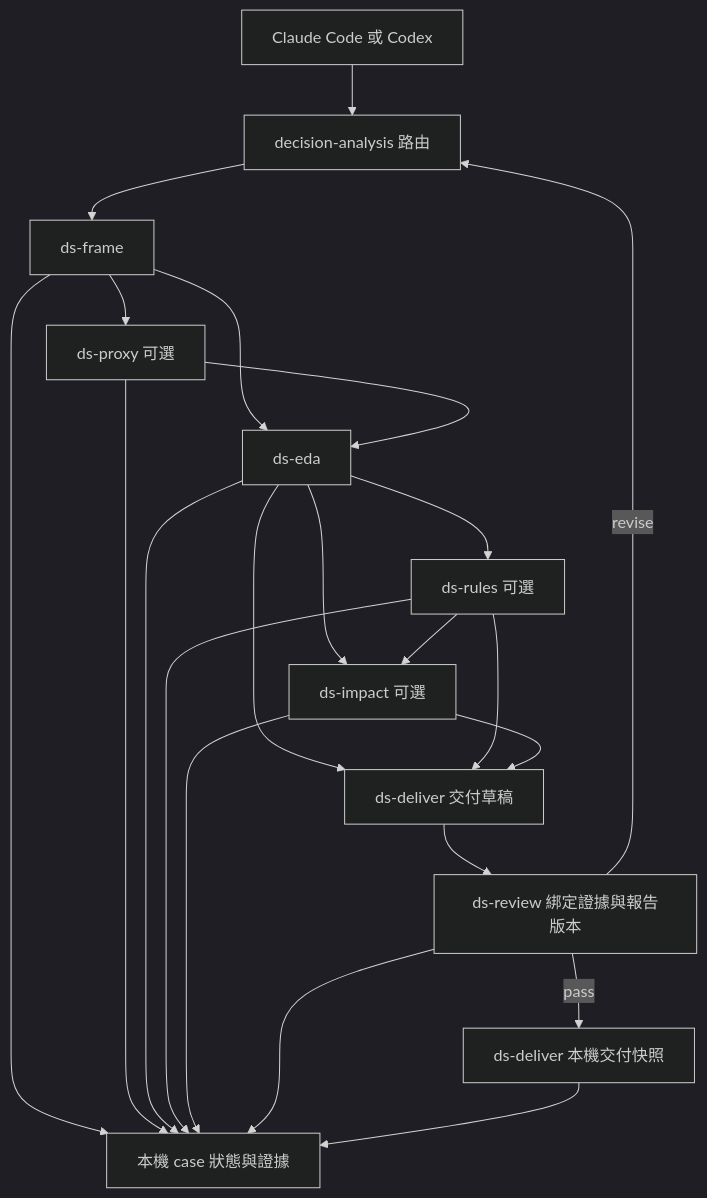
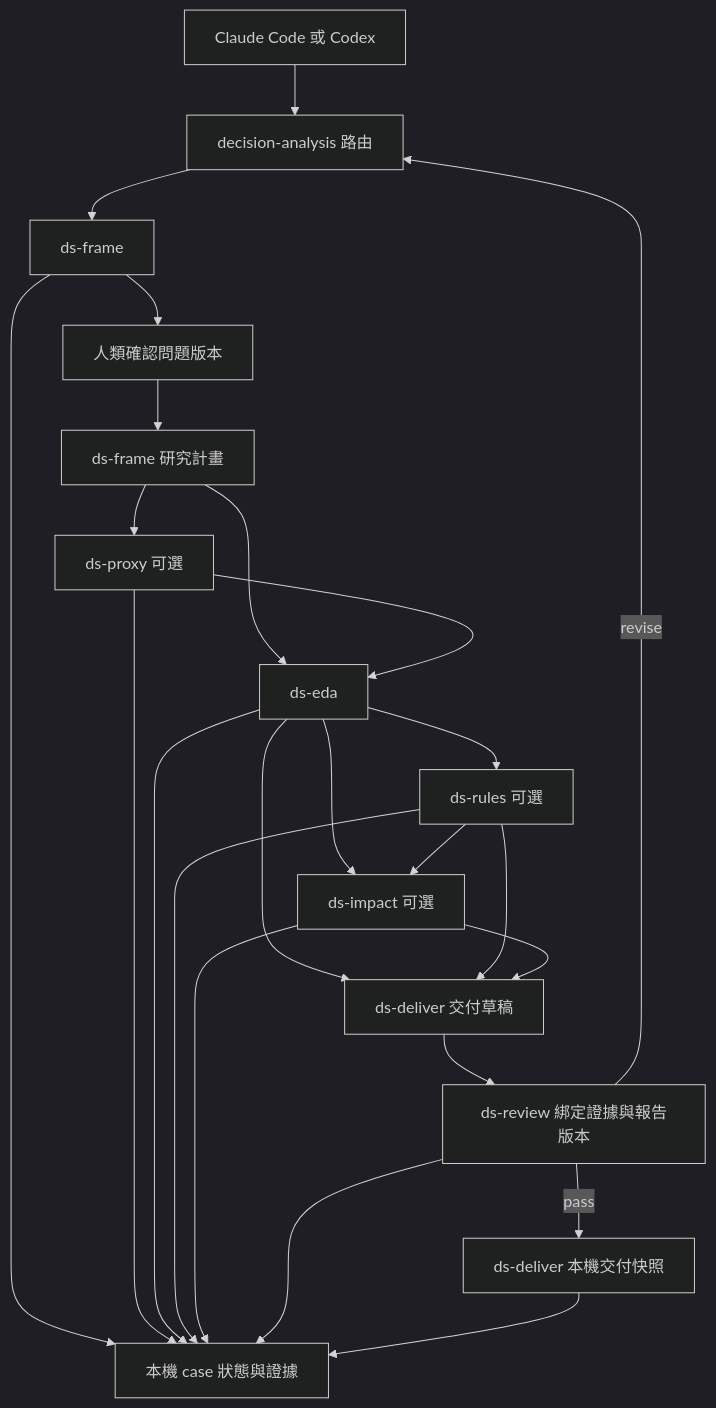
One commit to Zenobia000/iSpan_python-FE_DM-cookbooks changed the diagram in docs/harness.md. Above: the diagram before and after it, drawn with Mermaid (dark theme). The commit also changed other lines of this file and 702 other files, not shown here.

````diff
--- a/docs/harness.md
+++ b/docs/harness.md
@@ -26,18 +28,20 @@
 ```mermaid
 flowchart TD
     Host[Claude Code 或 Codex] --> Router[decision-analysis 路由]
     Router --> Frame[ds-frame]
-    Frame --> Proxy[ds-proxy 可選]
-    Frame --> EDA[ds-eda]
+    Frame --> Confirm[人類確認問題版本]
+    Confirm --> Plan[ds-frame 研究計畫]
+    Plan --> Proxy[ds-proxy 可選]
+    Plan --> EDA[ds-eda]
     Proxy --> EDA
     EDA --> Rules[ds-rules 可選]
     EDA --> Impact[ds-impact 可選]
     Rules --> Impact
     EDA --> Draft[ds-deliver 交付草稿]
     Rules --> Draft
     Impact --> Draft
     Draft --> Review[ds-review 綁定證據與報告版本]
     Review -->|revise| Router
     Review -->|pass| Deliver[ds-deliver 本機交付快照]
     Frame & Proxy & EDA & Rules & Impact & Review & Deliver --> State[本機 case 狀態與證據]
 ```
````
